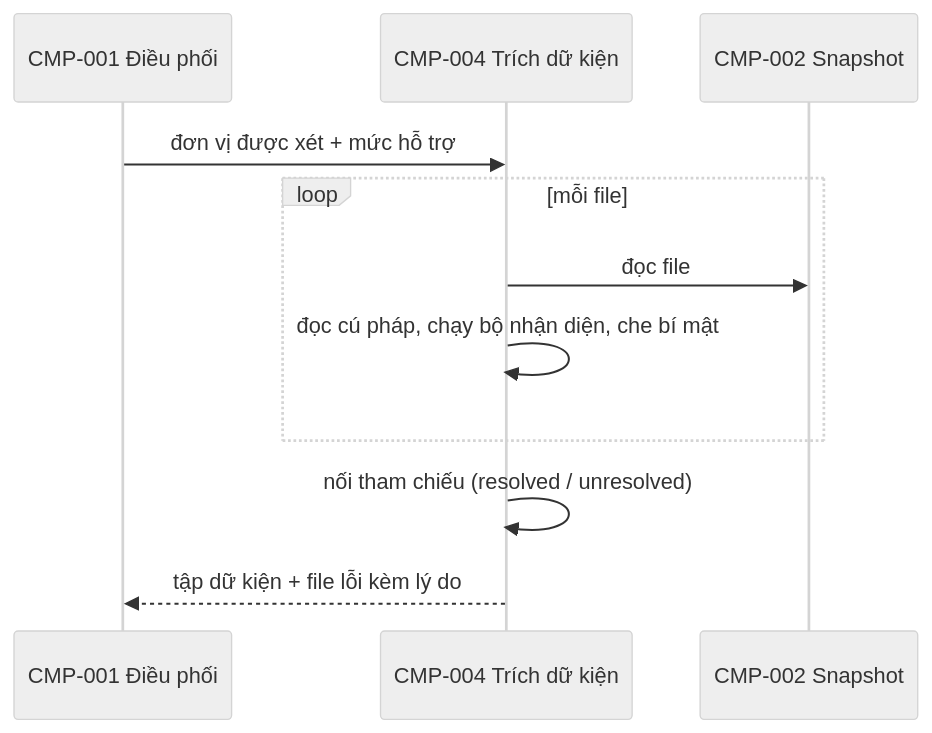
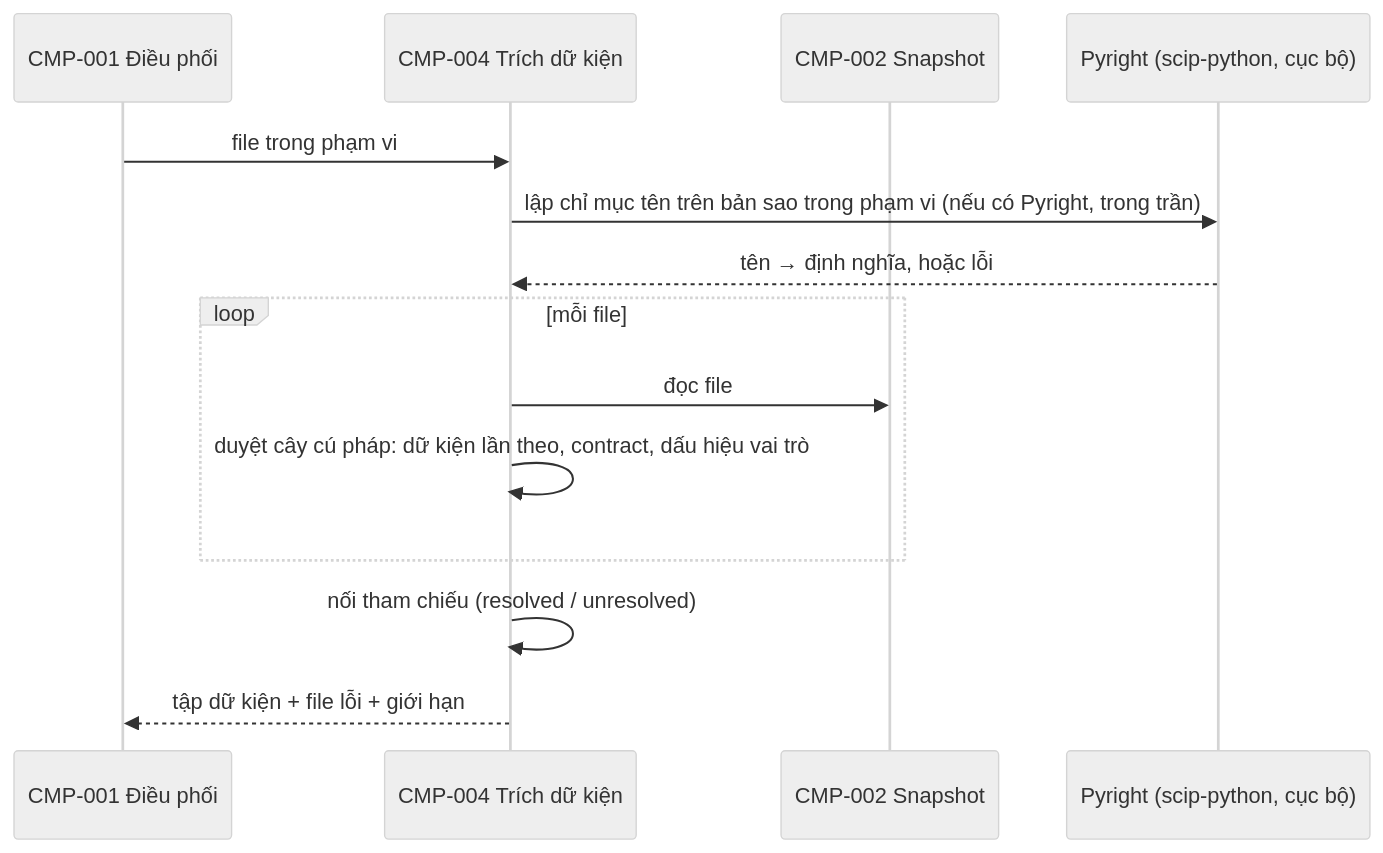
The diagram in .aide/architecture/l2/CMP-L3GEN-004.md (nchoang1004/l3-generator-fr029), drawn with Mermaid (neutral theme) before and after one commit. The commit also changed other lines of this file and 24 other files, not shown here.

Commit message:
docs: update architecture and Gate 1 baselines

````diff
--- a/.aide/architecture/l2/CMP-L3GEN-004.md
+++ b/.aide/architecture/l2/CMP-L3GEN-004.md
@@ -54,13 +55,16 @@
 ```mermaid
 sequenceDiagram
     participant R as CMP-001 Điều phối
     participant X as CMP-004 Trích dữ kiện
     participant S as CMP-002 Snapshot
-    R->>X: đơn vị được xét + mức hỗ trợ
+    participant P as Pyright (scip-python, cục bộ)
+    R->>X: file trong phạm vi
+    X->>P: lập chỉ mục tên trên bản sao trong phạm vi (nếu có Pyright, trong trần)
+    P-->>X: tên → định nghĩa, hoặc lỗi
     loop mỗi file
         X->>S: đọc file
-        X->>X: đọc cú pháp, chạy bộ nhận diện, che bí mật
+        X->>X: duyệt cây cú pháp: dữ kiện lần theo, contract, dấu hiệu vai trò
     end
     X->>X: nối tham chiếu (resolved / unresolved)
-    X-->>R: tập dữ kiện + file lỗi kèm lý do
+    X-->>R: tập dữ kiện + file lỗi + giới hạn
 ```
````
